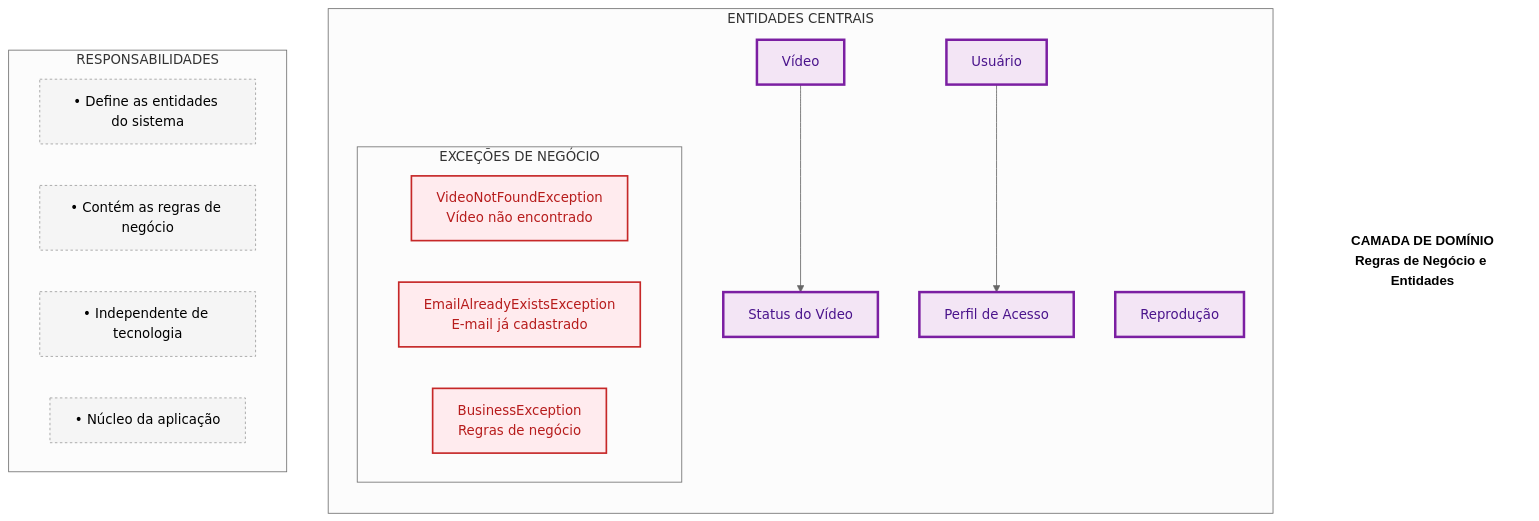
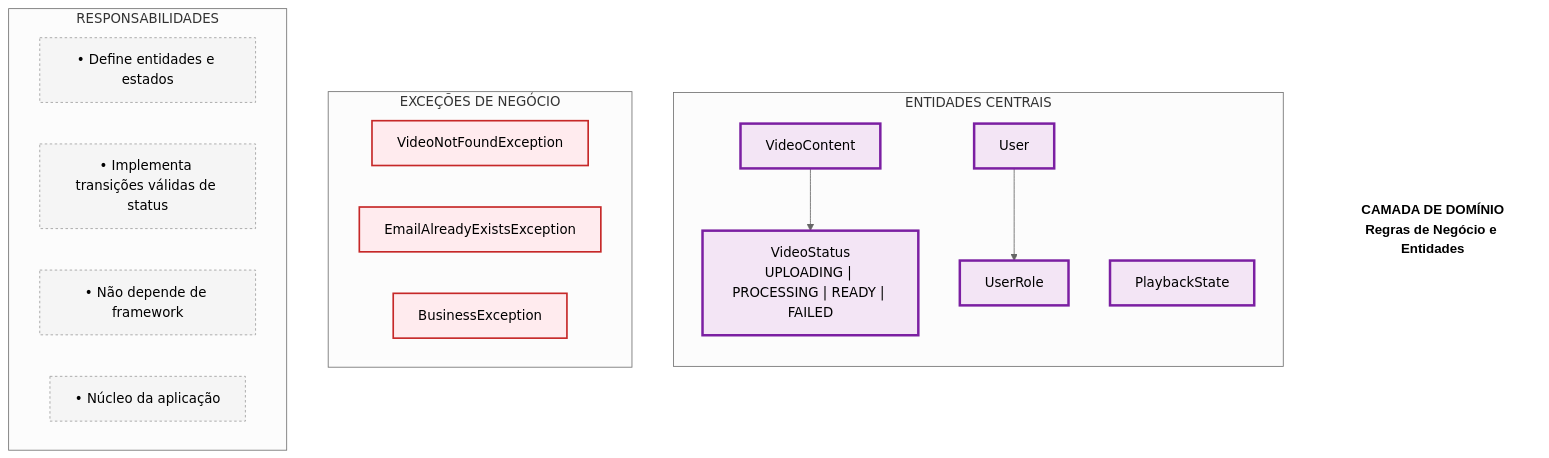
One commit to LuisNunes301/Video-Streaming-Platform changed the first of 5 diagrams in README.md. Above: the diagram before and after it, drawn with Mermaid (neutral theme). The commit also changed other lines of this file and 9 other files, not shown here.

````diff
--- a/README.md
+++ b/README.md
@@ -9,40 +9,40 @@
 ``` mermaid
 graph TB
     title["CAMADA DE DOMÍNIO<br/>Regras de Negócio e Entidades"]
     style title fill:#fff,stroke:none,font-family:Arial,font-size:16px,font-weight:bold
 
     subgraph Dominio["ENTIDADES CENTRAIS"]
         direction TB
         
-        Video["Vídeo"]
-        Status["Status do Vídeo"]
-        Playback["Reprodução"]
-        Usuario[" Usuário"]
-        Perfil["Perfil de Acesso"]
+        Video["VideoContent"]
+        Status["VideoStatus<br/>UPLOADING | PROCESSING | READY | FAILED"]
+        Playback["PlaybackState"]
+        Usuario["User"]
+        Perfil["UserRole"]
         
         Video --> Status
         Usuario --> Perfil
-        
-        subgraph Excecoes["EXCEÇÕES DE NEGÓCIO"]
-            Ex1["VideoNotFoundException<br/>Vídeo não encontrado"]
-            Ex2["EmailAlreadyExistsException<br/>E-mail já cadastrado"]
-            Ex3["BusinessException<br/>Regras de negócio"]
-        end
+    end
+
+    subgraph Excecoes["EXCEÇÕES DE NEGÓCIO"]
+        Ex1["VideoNotFoundException"]
+        Ex2["EmailAlreadyExistsException"]
+        Ex3["BusinessException"]
     end
 
     subgraph Responsabilidades["RESPONSABILIDADES"]
-        R1["• Define as entidades do sistema"]
-        R2["• Contém as regras de negócio"]
-        R3["• Independente de tecnologia"]
+        R1["• Define entidades e estados"]
+        R2["• Implementa transições válidas de status"]
+        R3["• Não depende de framework"]
         R4["• Núcleo da aplicação"]
     end
 
-    classDef titulo fill:#fff,stroke:none,font-family:Arial
-    classDef entidades fill:#f3e5f5,stroke:#7b1fa2,stroke-width:3px,color:#4a148c
-    classDef excecoes fill:#ffebee,stroke:#c62828,stroke-width:2px,color:#b71c1c
+    classDef entidades fill:#f3e5f5,stroke:#7b1fa2,stroke-width:3px
+    classDef excecoes fill:#ffebee,stroke:#c62828,stroke-width:2px
     classDef responsabilidades fill:#f5f5f5,stroke:#9e9e9e,stroke-width:1px,stroke-dasharray: 3 3
     
     class Video,Status,Playback,Usuario,Perfil entidades
     class Ex1,Ex2,Ex3 excecoes
     class R1,R2,R3,R4 responsabilidades
+
 ```
````
